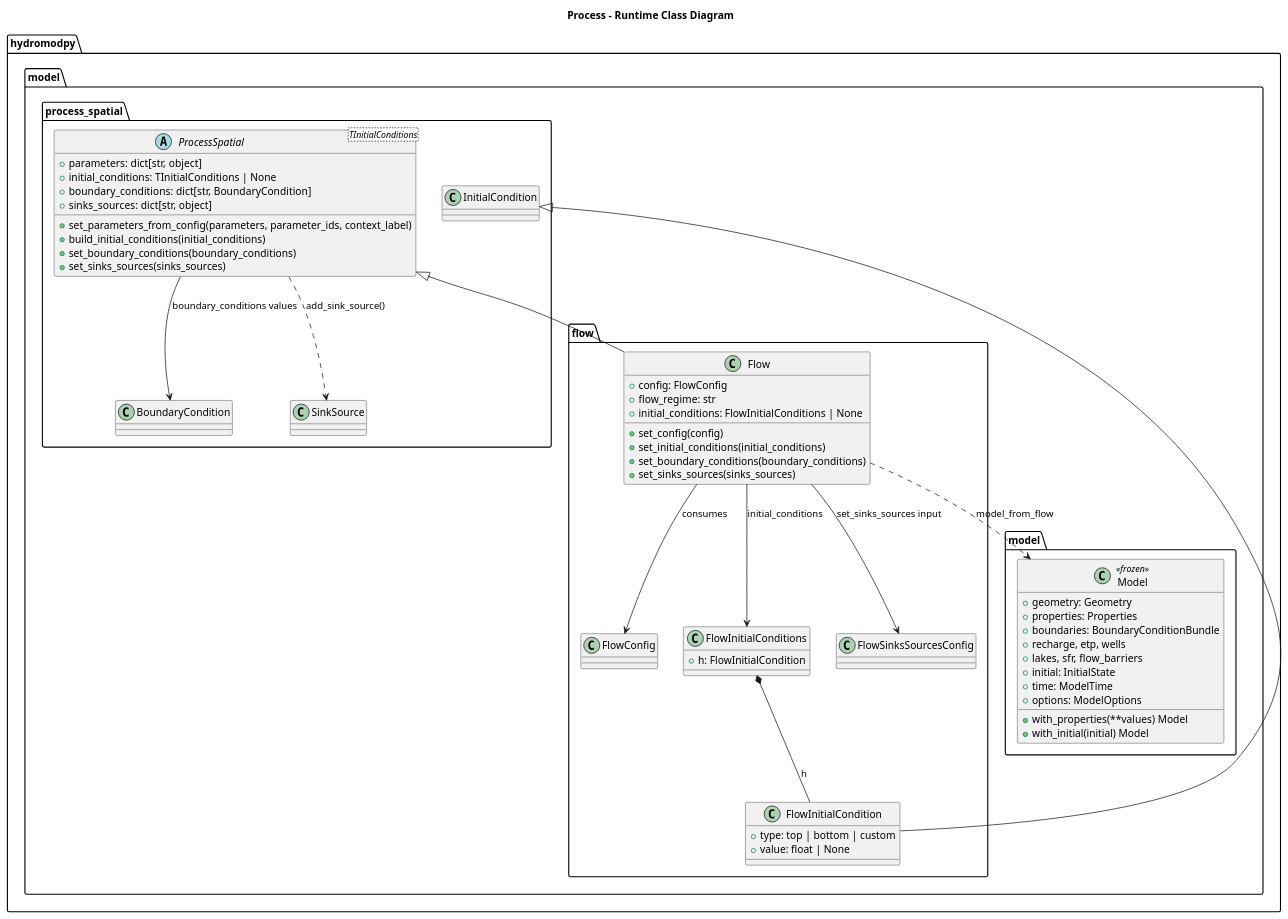
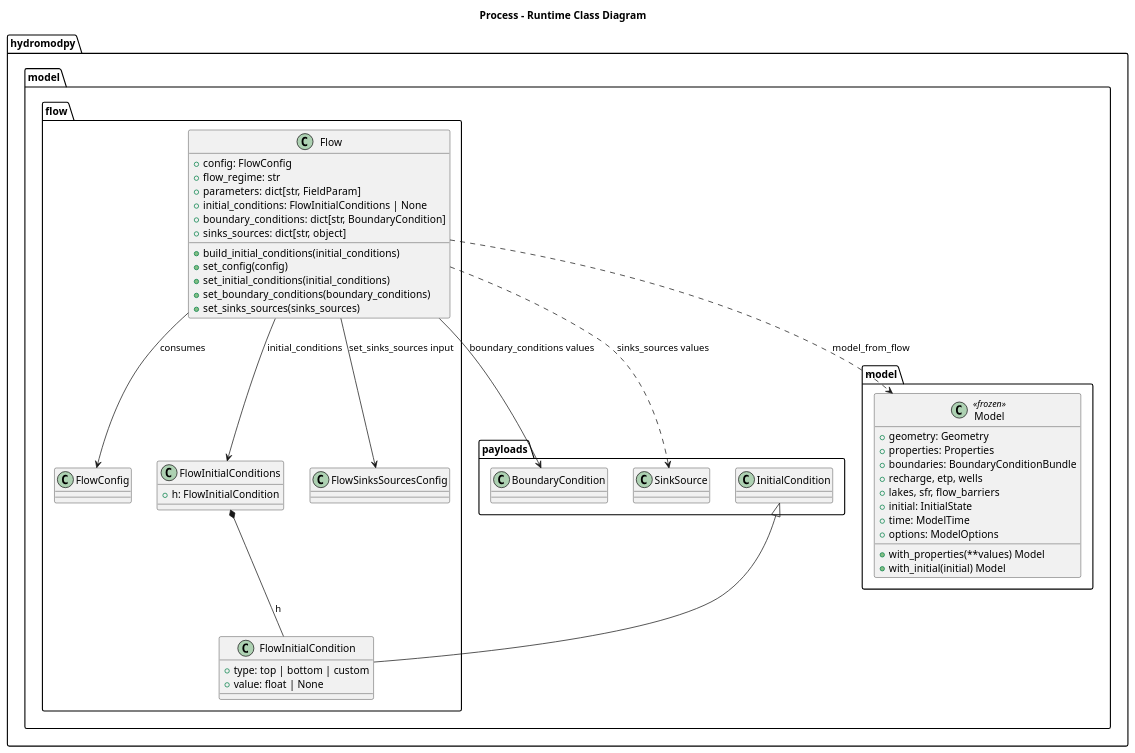
One commit to HydroModPy/HydroModPy changed the diagram in docs/source/contribute/architecture/process/diagrams/process_runtime_class.wsd. Above: the diagram before and after it, drawn with PlantUML. The commit also changed 1458 other files, not shown here.

```diff
--- a/docs/source/contribute/architecture/process/diagrams/process_runtime_class.wsd
+++ b/docs/source/contribute/architecture/process/diagrams/process_runtime_class.wsd
@@ -1,71 +1,62 @@
 @startuml
 title Process - Runtime Class Diagram
 
-package "hydromodpy.model.process_spatial" {
-  abstract class "ProcessSpatial<TInitialConditions>" as ProcessSpatialT {
-    +parameters: dict[str, object]
-    +initial_conditions: TInitialConditions | None
-    +boundary_conditions: dict[str, BoundaryCondition]
-    +sinks_sources: dict[str, object]
-    +set_parameters_from_config(parameters, parameter_ids, context_label)
-    +build_initial_conditions(initial_conditions)
-    +set_boundary_conditions(boundary_conditions)
-    +set_sinks_sources(sinks_sources)
-  }
-
+package "hydromodpy.model.payloads" {
   class InitialCondition
   class BoundaryCondition
   class SinkSource
 }
 
 package "hydromodpy.model.flow" {
   class Flow {
     +config: FlowConfig
     +flow_regime: str
+    +parameters: dict[str, FieldParam]
     +initial_conditions: FlowInitialConditions | None
+    +boundary_conditions: dict[str, BoundaryCondition]
+    +sinks_sources: dict[str, object]
+    +build_initial_conditions(initial_conditions)
     +set_config(config)
     +set_initial_conditions(initial_conditions)
     +set_boundary_conditions(boundary_conditions)
     +set_sinks_sources(sinks_sources)
   }
 
   class FlowConfig
   class FlowInitialCondition {
     +type: top | bottom | custom
     +value: float | None
   }
   class FlowInitialConditions {
     +h: FlowInitialCondition
   }
   class FlowSinksSourcesConfig
 }
 
 package "hydromodpy.model.model" {
   class Model <<frozen>> {
     +geometry: Geometry
     +properties: Properties
     +boundaries: BoundaryConditionBundle
     +recharge, etp, wells
     +lakes, sfr, flow_barriers
     +initial: InitialState
     +time: ModelTime
     +options: ModelOptions
     +with_properties(**values) Model
     +with_initial(initial) Model
   }
 }
 
-ProcessSpatialT <|-- Flow
-
 Flow --> FlowConfig : consumes
 Flow ..> Model : model_from_flow
 
 InitialCondition <|-- FlowInitialCondition
 FlowInitialConditions *-- FlowInitialCondition : h
 Flow --> FlowInitialConditions : initial_conditions
 
-ProcessSpatialT --> BoundaryCondition : boundary_conditions values
-ProcessSpatialT ..> SinkSource : add_sink_source()
+Flow --> BoundaryCondition : boundary_conditions values
+Flow ..> SinkSource : sinks_sources values
 
 Flow --> FlowSinksSourcesConfig : set_sinks_sources input
 @enduml
```
